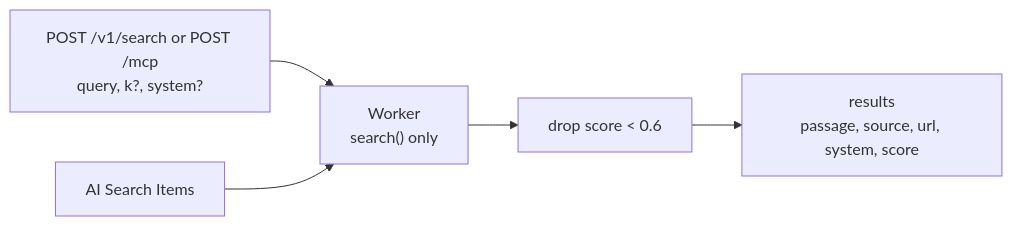
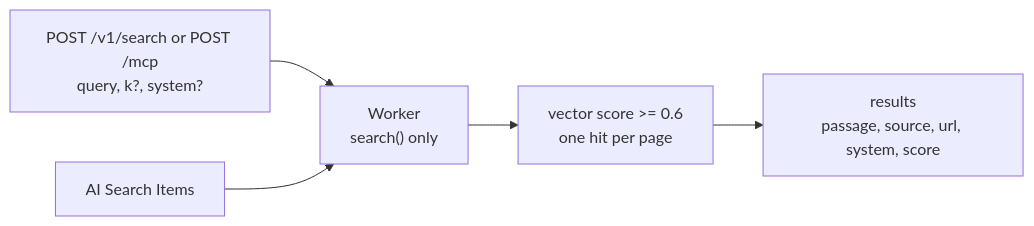
One commit to SiTaggart/design-guide changed the second of 2 diagrams in docs/architecture.md. Above: the diagram before and after it, drawn with Mermaid. The commit also changed other lines of this file and 47 other files, not shown here.

````diff
--- a/docs/architecture.md
+++ b/docs/architecture.md
@@ -34,7 +34,7 @@
 ```mermaid
 flowchart LR
   q["POST /v1/search or POST /mcp\nquery, k?, system?"] --> worker["Worker\nsearch() only"]
   items["AI Search Items"] --> worker
-  worker --> filter["drop score < 0.6"]
+  worker --> filter["vector score >= 0.6\none hit per page"]
   filter --> json["results\npassage, source, url, system, score"]
 ```
````
